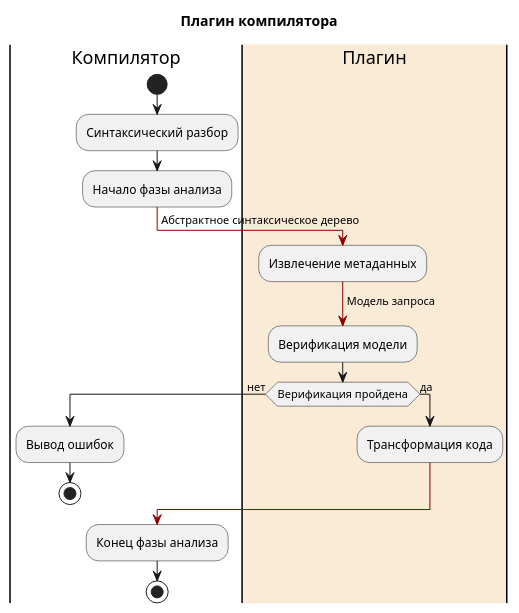
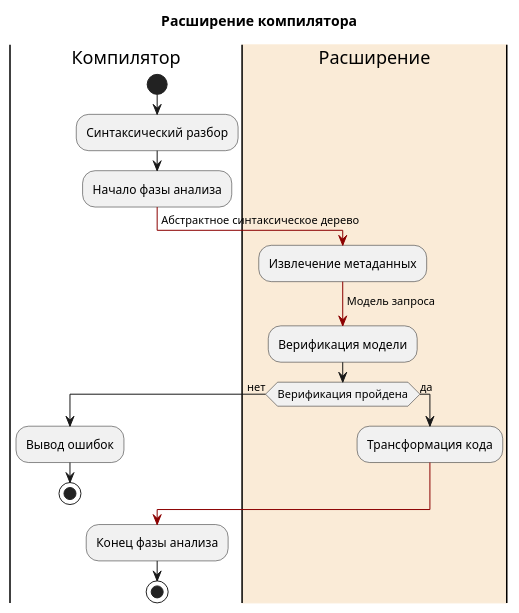
Before and after one commit to koperagen/konnekt: the diagram in docs/integration_compiler.puml, drawn with PlantUML. The commit also changed 3 other files, not shown here.

Commit message:
Refactor diagrams

```diff
--- a/docs/integration_compiler.puml
+++ b/docs/integration_compiler.puml
@@ -1,25 +1,25 @@
 @startuml
-title Плагин компилятора
+title Расширение компилятора
 |Компилятор|
 start
 :Синтаксический разбор;
 :Начало фазы анализа;
  -[#darkred]-> Абстрактное синтаксическое дерево;
-|#AntiqueWhite|Плагин|
+|#AntiqueWhite|Расширение|
 :Извлечение метаданных;
  -[#darkred]-> Модель запроса;
 :Верификация модели;
 if (Верификация пройдена) then (нет)
     |Компилятор|
     :Вывод ошибок;
     stop
 else (да)
-    |Плагин|
+    |Расширение|
     :Трансформация кода;
     -[#darkred]-> Трансформация файла;
 endif
 |Компилятор|
 :Конец фазы анализа;
 stop
 
 @enduml
```
